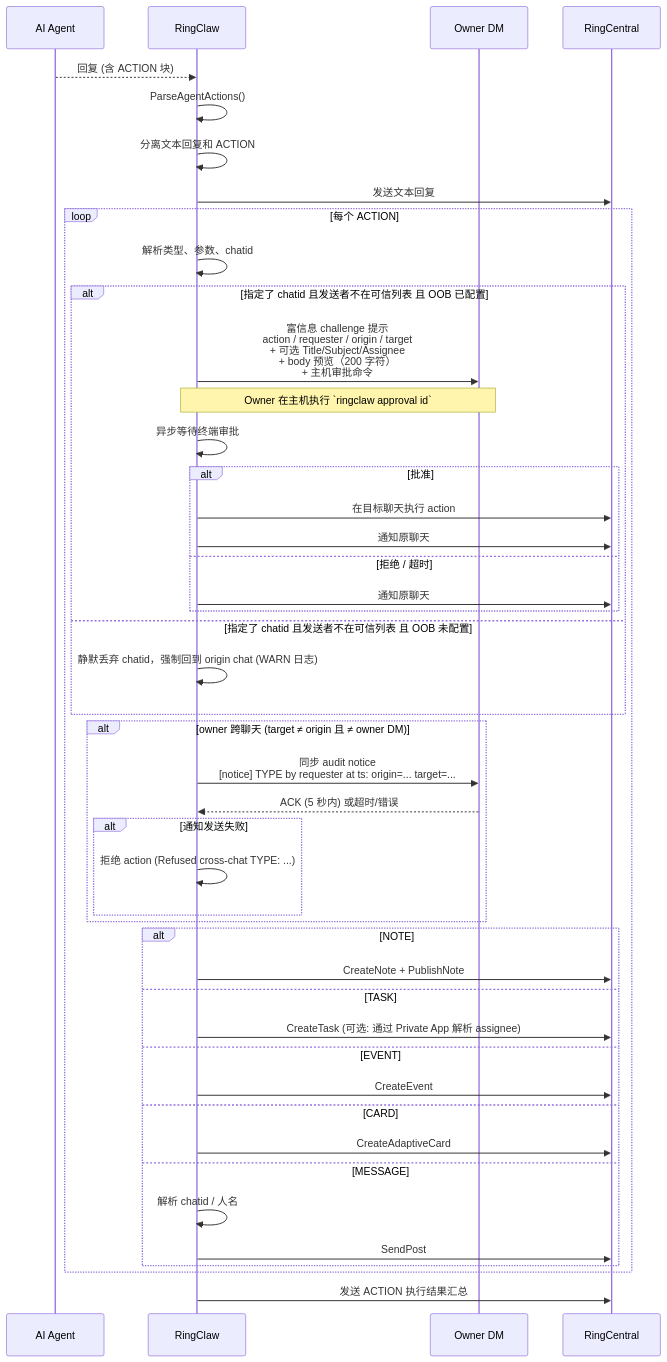
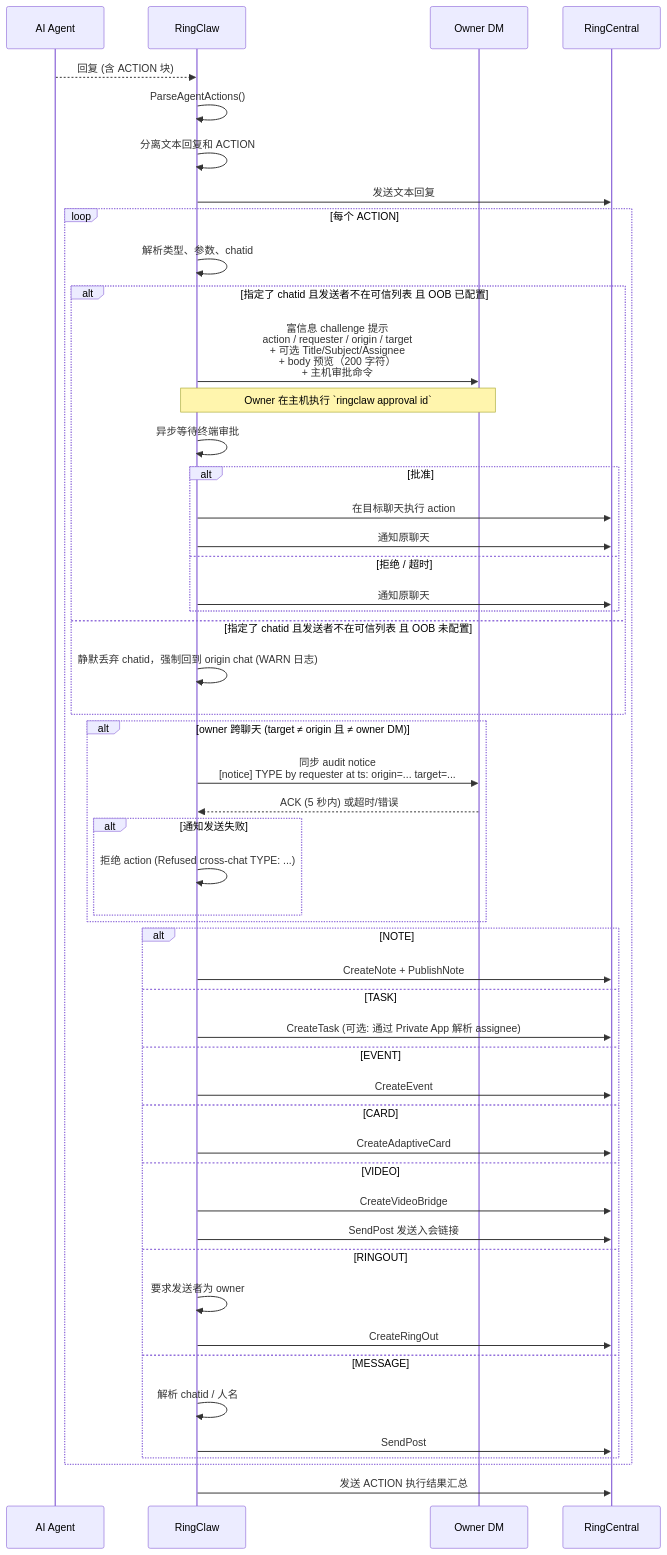
One commit to ringclaw/ringclaw changed the diagram in docs/zh/features/actions.md. Above: the diagram before and after it, drawn with Mermaid. The commit also changed other lines of this file and 36 other files, not shown here.

````diff
--- a/docs/zh/features/actions.md
+++ b/docs/zh/features/actions.md
@@ -13,48 +13,54 @@
 ```mermaid
 sequenceDiagram
     participant AI as AI Agent
     participant R as RingClaw
     participant O as Owner DM
     participant RC as RingCentral
 
     AI-->>R: 回复 (含 ACTION 块)
     R->>R: ParseAgentActions()
     R->>R: 分离文本回复和 ACTION
     R->>RC: 发送文本回复
     loop 每个 ACTION
         R->>R: 解析类型、参数、chatid
         alt 指定了 chatid 且发送者不在可信列表 且 OOB 已配置
             R->>O: 富信息 challenge 提示<br/>action / requester / origin / target<br/>+ 可选 Title/Subject/Assignee<br/>+ body 预览（200 字符）<br/>+ 主机审批命令
             Note over O,R: Owner 在主机执行 `ringclaw approval id`
             R->>R: 异步等待终端审批
             alt 批准
                 R->>RC: 在目标聊天执行 action
                 R->>RC: 通知原聊天
             else 拒绝 / 超时
                 R->>RC: 通知原聊天
             end
         else 指定了 chatid 且发送者不在可信列表 且 OOB 未配置
             R->>R: 静默丢弃 chatid，强制回到 origin chat (WARN 日志)
         end
         alt owner 跨聊天 (target ≠ origin 且 ≠ owner DM)
             R->>O: 同步 audit notice<br/>[notice] TYPE by requester at ts: origin=... target=...
             O-->>R: ACK (5 秒内) 或超时/错误
             alt 通知发送失败
                 R->>R: 拒绝 action (Refused cross-chat TYPE: ...)
             end
         end
         alt NOTE
             R->>RC: CreateNote + PublishNote
         else TASK
             R->>RC: CreateTask (可选: 通过 Private App 解析 assignee)
         else EVENT
             R->>RC: CreateEvent
         else CARD
             R->>RC: CreateAdaptiveCard
+        else VIDEO
+            R->>RC: CreateVideoBridge
+            R->>RC: SendPost 发送入会链接
+        else RINGOUT
+            R->>R: 要求发送者为 owner
+            R->>RC: CreateRingOut
         else MESSAGE
             R->>R: 解析 chatid / 人名
             R->>RC: SendPost
         end
     end
     R->>RC: 发送 ACTION 执行结果汇总
 ```
````
